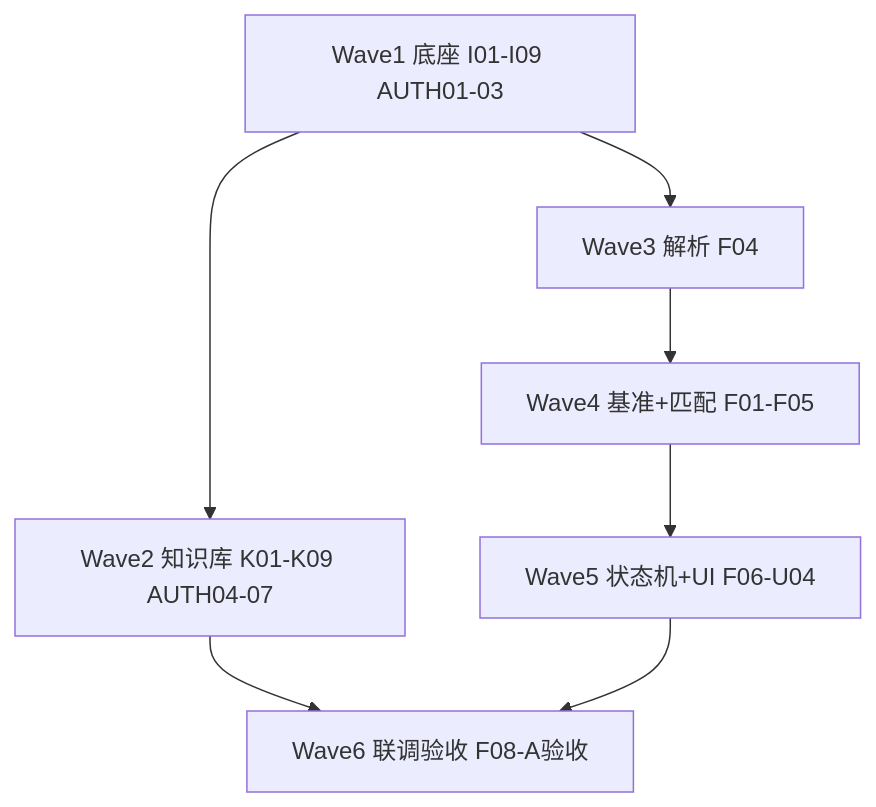
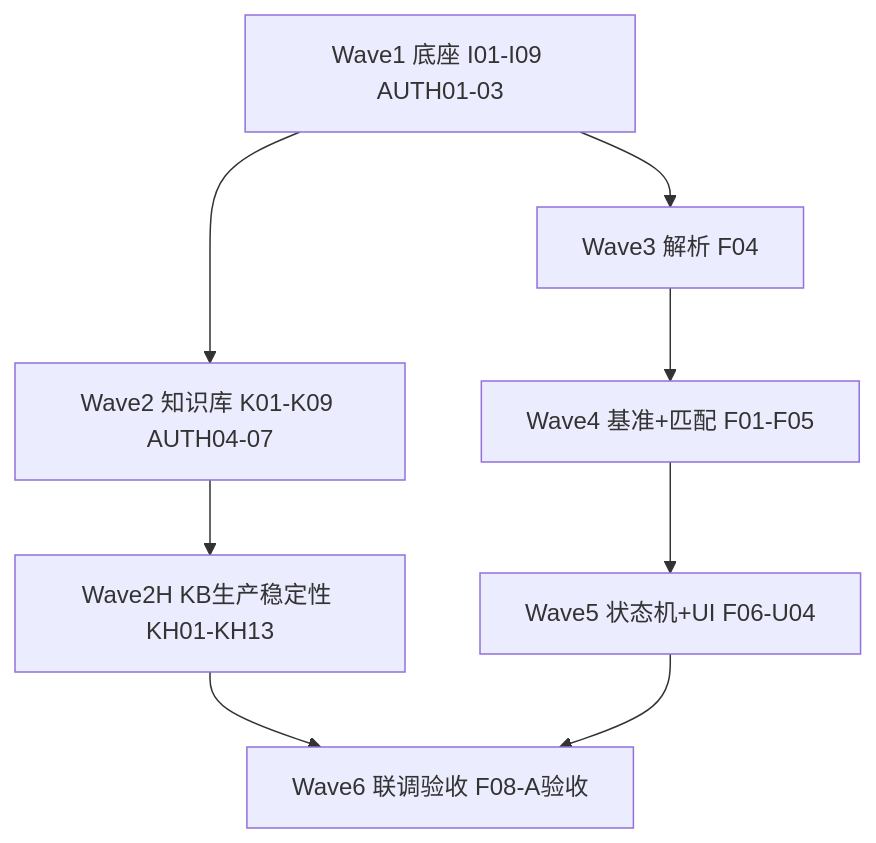
Before and after one commit to adle129/aria: the diagram in docs/R1/r1-execution-plan.md, drawn with Mermaid. The commit also changed other lines of this file and 25 other files, not shown here.

````diff
--- a/docs/R1/r1-execution-plan.md
+++ b/docs/R1/r1-execution-plan.md
@@ -24,15 +24,17 @@
 ```mermaid
 flowchart TB
   W1[Wave1 底座 I01-I09 AUTH01-03]
   W2[Wave2 知识库 K01-K09 AUTH04-07]
+  W2H[Wave2H KB生产稳定性 KH01-KH13]
   W3[Wave3 解析 F04]
   W4[Wave4 基准+匹配 F01-F05]
   W5[Wave5 状态机+UI F06-U04]
   W6[Wave6 联调验收 F08-A验收]
   W1 --> W3
   W1 --> W2
-  W2 --> W6
+  W2 --> W2H
+  W2H --> W6
   W3 --> W4
   W4 --> W5
   W5 --> W6
 ```
````
